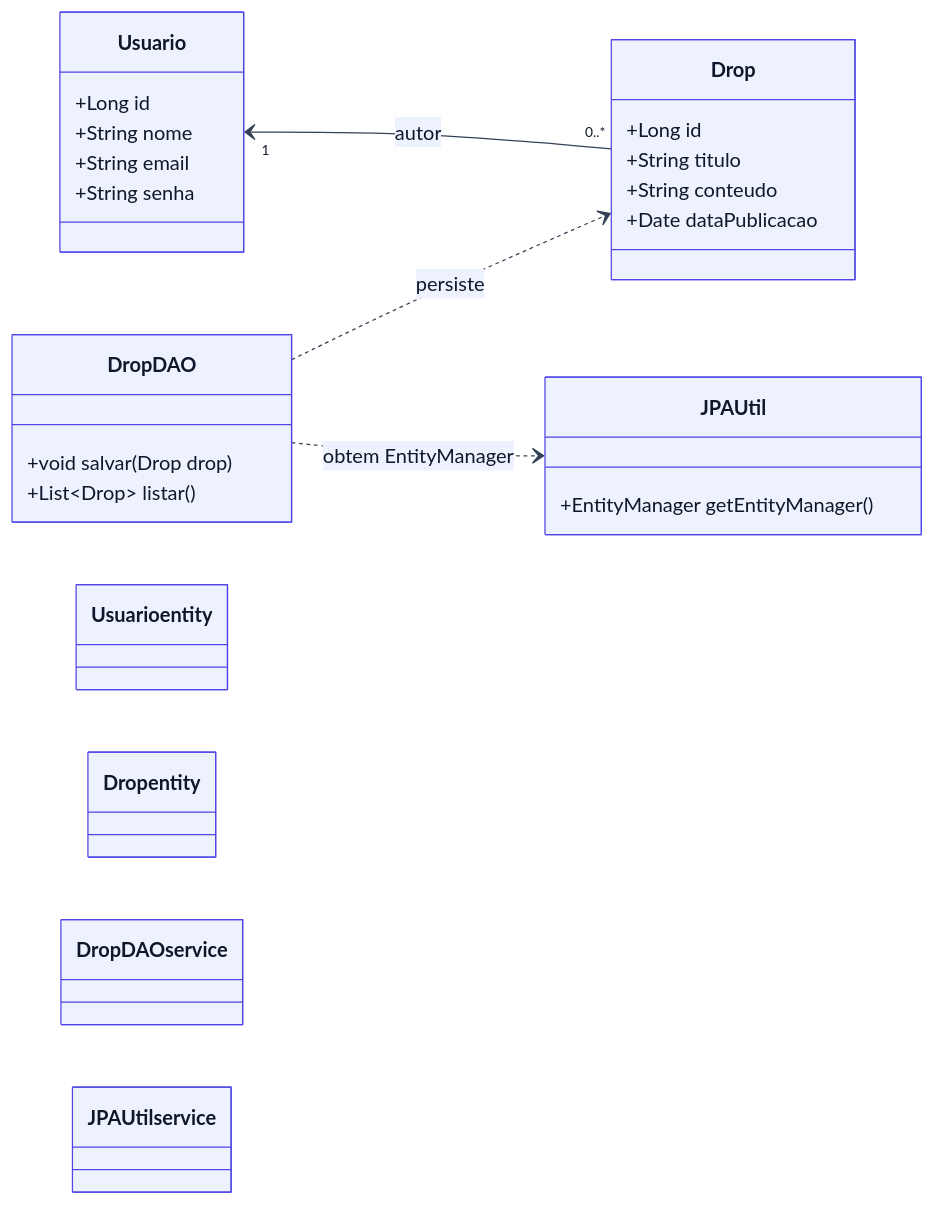
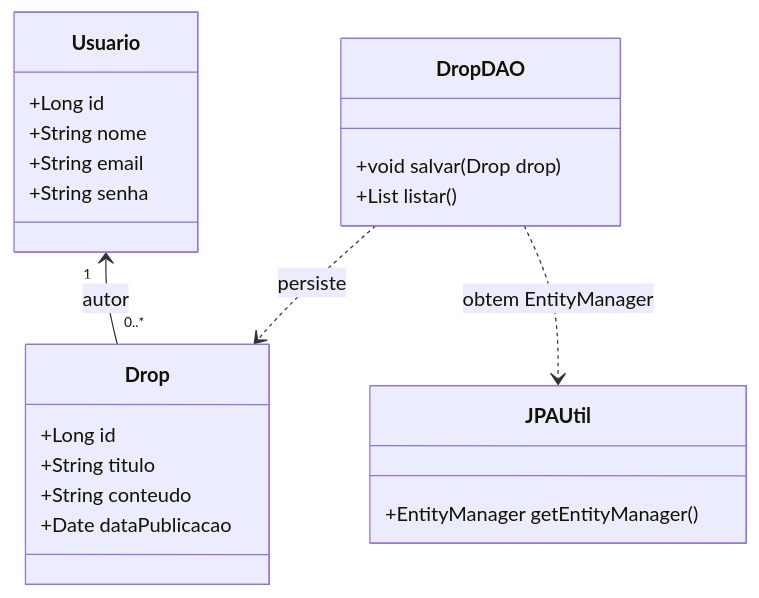
One commit to gabrielZZ231/DevDrops-MVP changed the diagram in docs/uml/class-diagram.mmd. Above: the diagram before and after it, drawn with Mermaid. The commit also changed 1 other file, not shown here.

Commit message:
docs(uml): simplify theme and improve class diagram readability

```diff
--- a/docs/uml/class-diagram.mmd
+++ b/docs/uml/class-diagram.mmd
@@ -1,45 +1,29 @@
-%%{init: {"theme": "base", "themeVariables": {
-  "primaryColor": "#eef2ff",
-  "primaryBorderColor": "#4f46e5",
-  "primaryTextColor": "#0f172a",
-  "lineColor": "#334155",
-  "tertiaryColor": "#f8fafc",
-  "fontFamily": "Segoe UI"
-}}}%%
 classDiagram
-  direction LR
+  direction TB
 
   class Usuario {
     +Long id
     +String nome
     +String email
     +String senha
   }
 
   class Drop {
     +Long id
     +String titulo
     +String conteudo
     +Date dataPublicacao
   }
 
   class DropDAO {
     +void salvar(Drop drop)
-    +List~Drop~ listar()
+    +List<Drop> listar()
   }
 
   class JPAUtil {
     +EntityManager getEntityManager()
   }
 
   Usuario "1" <-- "0..*" Drop : autor
   DropDAO ..> Drop : persiste
   DropDAO ..> JPAUtil : obtem EntityManager
-
-  classDef entity fill:#eef2ff,stroke:#4f46e5,stroke-width:1.5px,color:#0f172a
-  classDef service fill:#f8fafc,stroke:#1e293b,stroke-width:1.25px,color:#0f172a
-
-  class Usuario entity
-  class Drop entity
-  class DropDAO service
-  class JPAUtil service
```
